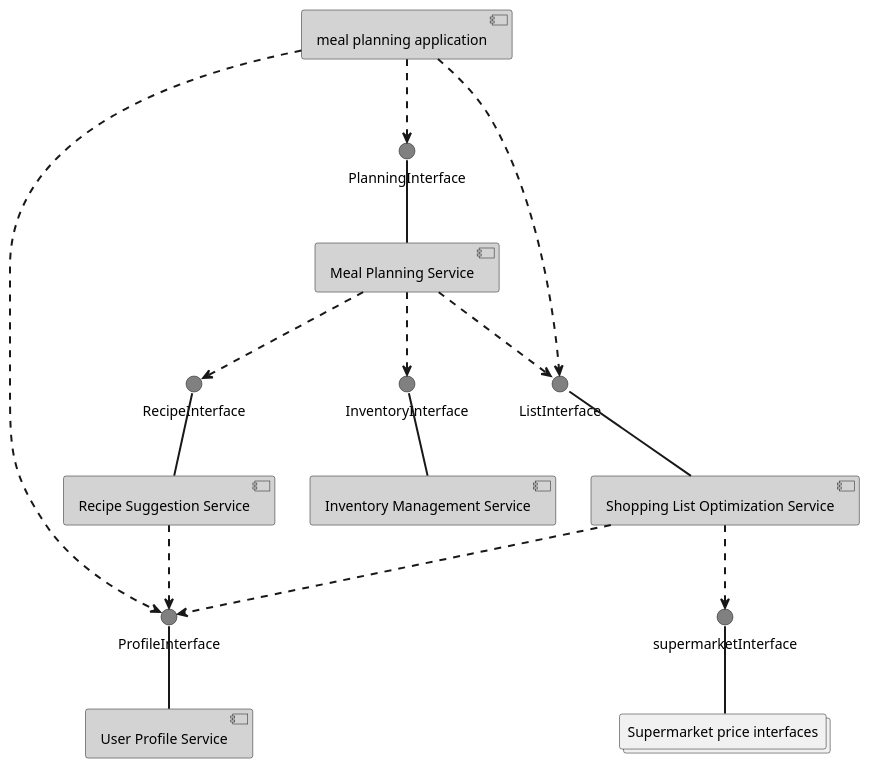
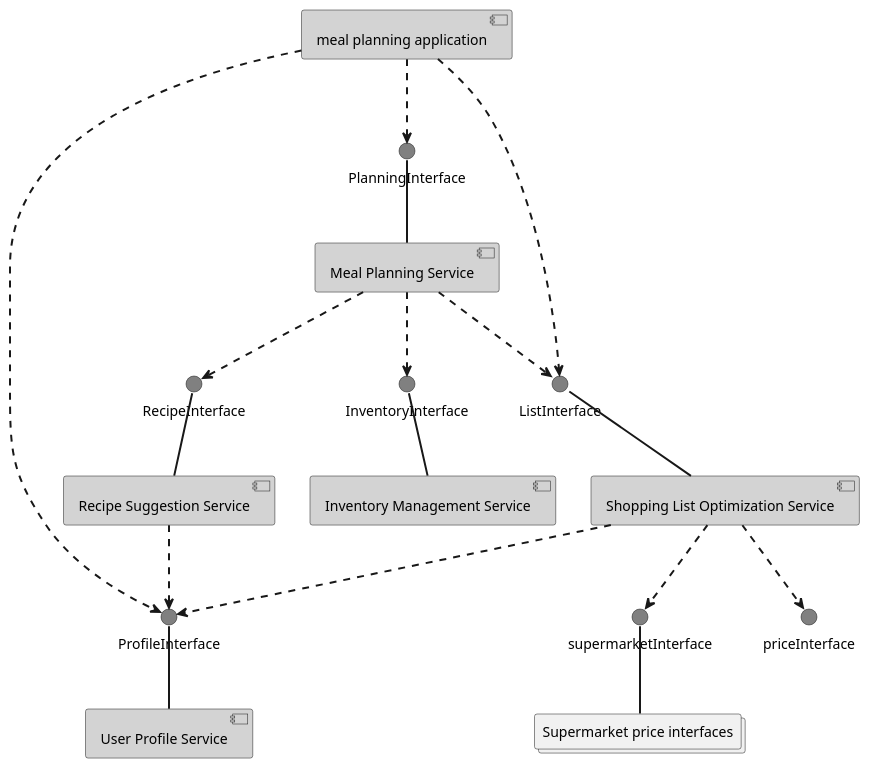
One commit to evanfranciszok/SOA-project changed the diagram in _ProjectFiles/componentDiagram.puml. Above: the diagram before and after it, drawn with PlantUML. The commit also changed 7 other files, not shown here.

```diff
--- a/_ProjectFiles/componentDiagram.puml
+++ b/_ProjectFiles/componentDiagram.puml
@@ -1,48 +1,48 @@
 @startuml
 
 ' skinparam linetype polyline
 ' skinparam linetype ortho
 
 skinparam interface {
     BackgroundColor gray
 }
 
 skinparam arrow {
     Thickness 2
 }
 
 skinparam component {
     BackgroundColor Lightgray
 }
 
 [User Profile Service] as compProfile
 [Recipe Suggestion Service] as compRecipe
 [Inventory Management Service] as compInventory
 [Shopping List Optimization Service] as compList
 [Meal Planning Service] as compPlanning
 [meal planning application] as app
 ' [Price optimisation] as CompPrice
 collections "Supermarket price interfaces" as supermarket
 
 ProfileInterface -down- compProfile
 RecipeInterface -down- compRecipe
 InventoryInterface -down- compInventory
 ListInterface -down- compList
 PlanningInterface -down- compPlanning
 ' priceInterface -down- CompPrice
 supermarketInterface -down- supermarket
 
 app ..> ProfileInterface
 app ..> ListInterface
 app ..> PlanningInterface
 
 ' compList ..> InventoryInterface
 compRecipe ..> ProfileInterface
 compPlanning ..> RecipeInterface
 compPlanning ..> InventoryInterface
 compPlanning ..> ListInterface
 compList ..> supermarketInterface
 compList ..> ProfileInterface
-' compList ..> priceInterface
+compList ..> priceInterface
 
 @enduml
```
